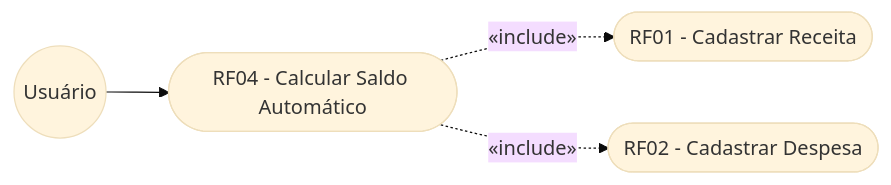
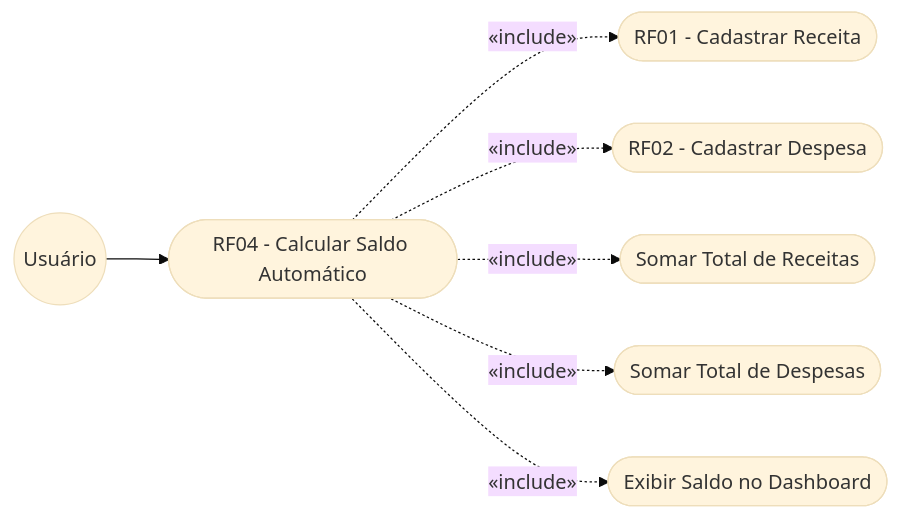
Before and after one commit to NEXA-project-br/NEXA: the fourth of 8 diagrams in relacionamento/dcu.md, drawn with Mermaid (base theme). The commit also changed other lines of this file, not shown here.

````diff
--- a/relacionamento/dcu.md
+++ b/relacionamento/dcu.md
@@ -46,11 +86,18 @@
 ```mermaid
 graph LR
   U((Usuário))
+
   RF04([RF04 - Calcular Saldo Automático])
   RF01([RF01 - Cadastrar Receita])
   RF02([RF02 - Cadastrar Despesa])
+  A1([Somar Total de Receitas])
+  A2([Somar Total de Despesas])
+  A3([Exibir Saldo no Dashboard])
 
   U --> RF04
   RF04 -.->|«include»| RF01
   RF04 -.->|«include»| RF02
+  RF04 -.->|«include»| A1
+  RF04 -.->|«include»| A2
+  RF04 -.->|«include»| A3
 ```
````
